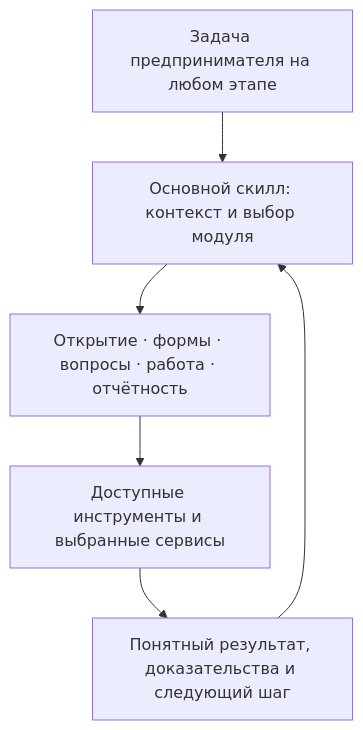
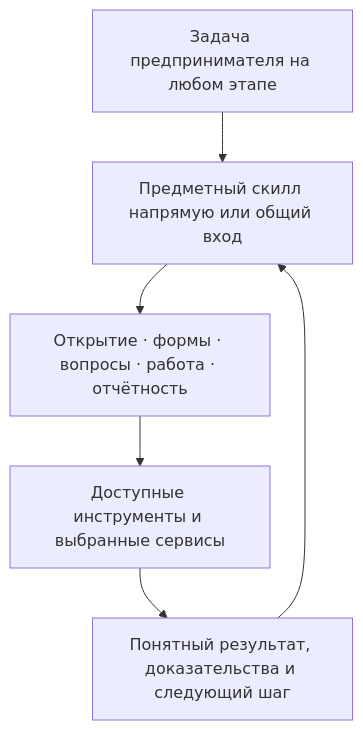
One commit to ilyafedotov-ops/german-business-skills changed the diagram in README.ru.md. Above: the diagram before and after it, drawn with Mermaid. The commit also changed other lines of this file and 29 other files, not shown here.

Commit message:
docs: align guides and architecture with the lifecycle skill bundle

````diff
--- a/README.ru.md
+++ b/README.ru.md
@@ -44,8 +44,8 @@
 ```mermaid
 flowchart TD
-    A["Задача предпринимателя на любом этапе"] --> B["Основной скилл: контекст и выбор модуля"]
+    A["Задача предпринимателя на любом этапе"] --> B["Предметный скилл напрямую или общий вход"]
     B --> C["Открытие · формы · вопросы · работа · отчётность"]
     C --> D["Доступные инструменты и выбранные сервисы"]
     D --> E["Понятный результат, доказательства и следующий шаг"]
     E --> B
 ```
````
